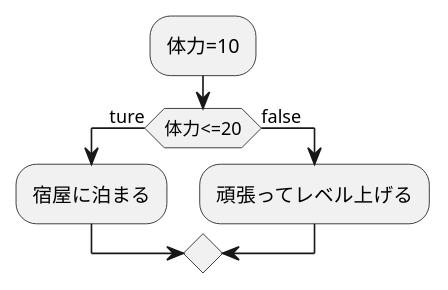
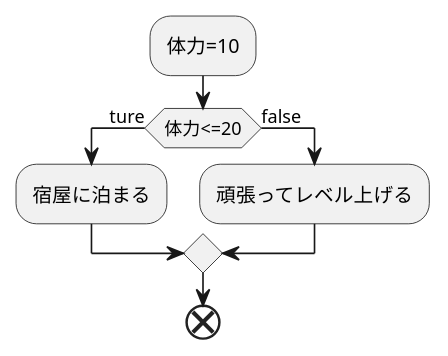
The diagram in kadai1.md (Aso2001390/2021sys-design), drawn with PlantUML before and after one commit.

````diff
--- a/kadai1.md
+++ b/kadai1.md
@@ -1,10 +1,11 @@
 ```uml
   @startuml
   :体力=10;
   if(体力<=20)then(ture)
   :宿屋に泊まる;
   else(false)
   :頑張ってレベル上げる;
   endif
+  end
   @enduml
   ```
````
